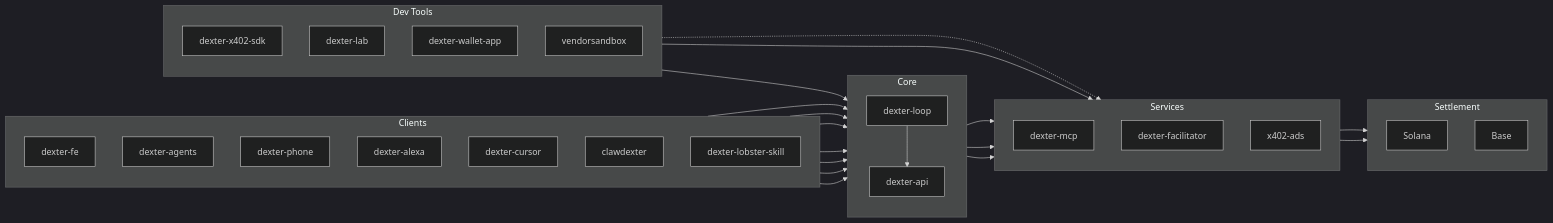
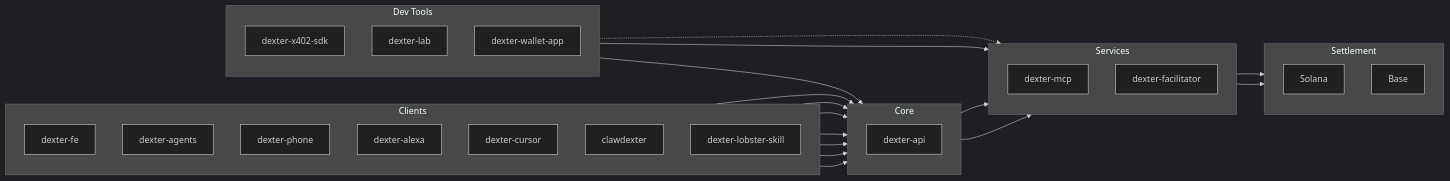
Before and after one commit to Dexter-DAO/.github: the diagram in profile/README.md, drawn with Mermaid (dark theme). The commit also changed other lines of this file, not shown here.

````diff
--- a/profile/README.md
+++ b/profile/README.md
@@ -22,60 +22,55 @@
 ```mermaid
 flowchart LR
     subgraph clients["Clients"]
         direction TB
         fe["dexter-fe"]
         agents["dexter-agents"]
         phone["dexter-phone"]
         alexa["dexter-alexa"]
         cursor["dexter-cursor"]
         claw["clawdexter"]
         lobster["dexter-lobster-skill"]
     end
 
     subgraph core["Core"]
         direction TB
         api["dexter-api"]
-        loop["dexter-loop"]
     end
 
     subgraph services["Services"]
         direction TB
         mcp["dexter-mcp"]
         facilitator["dexter-facilitator"]
-        ads["x402-ads"]
     end
 
     subgraph devtools["Dev Tools"]
         direction TB
         sdk["dexter-x402-sdk"]
         lab["dexter-lab"]
         wallet["dexter-wallet-app"]
-        sandbox["vendorsandbox"]
     end
 
     subgraph settle["Settlement"]
         direction TB
         solana["Solana"]
         base["Base"]
     end
 
     fe --> api
     agents --> api
     phone --> api
     alexa --> api
     cursor --> api
     claw --> api
     lobster --> api
 
     api --> mcp
     api --> facilitator
-    api --> ads
-    loop --> api
 
     sdk -.-> facilitator
     lab --> api
     wallet --> facilitator
 
     facilitator --> solana
     facilitator --> base
 ```
````
